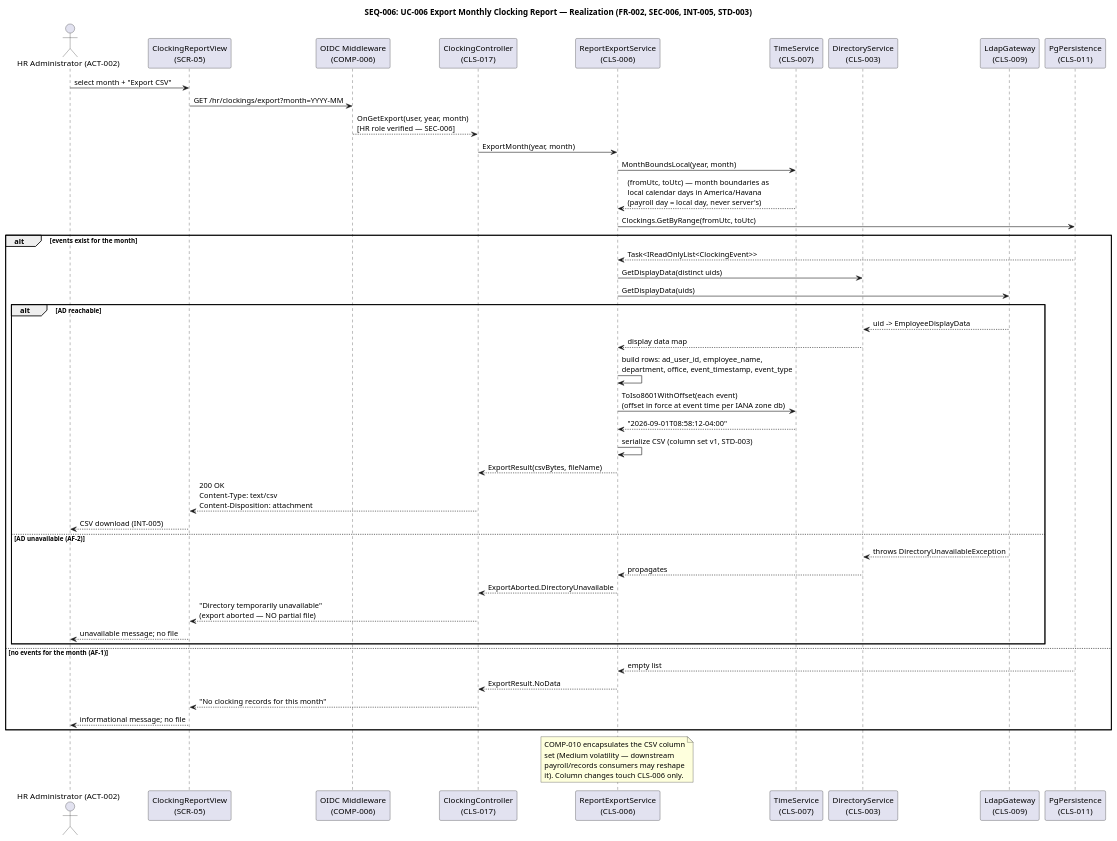
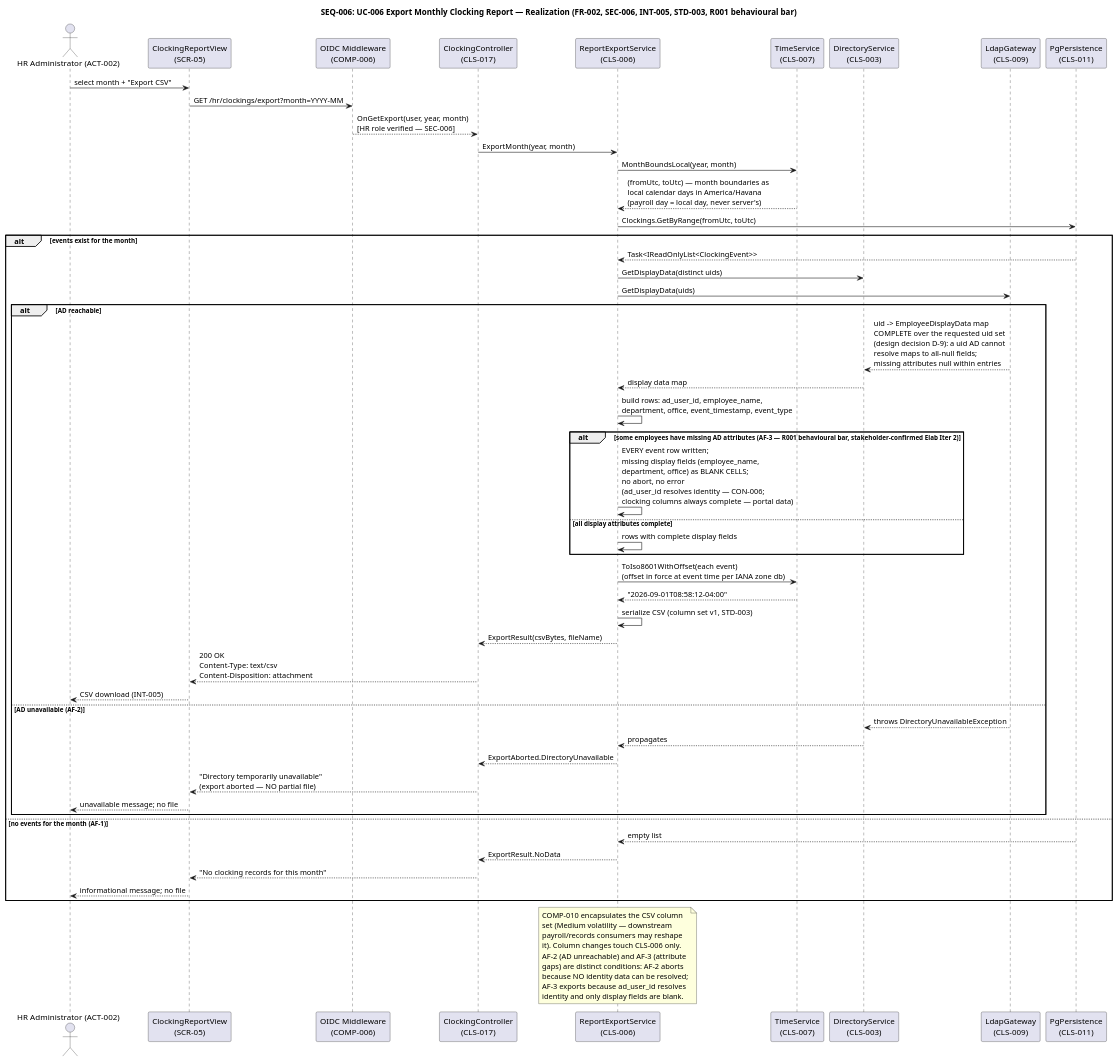
Before and after one commit to banense-test/employee-portal: the eighth of 24 diagrams in docs/artifacts/analysis---design/design-model.md, drawn with PlantUML. The commit also changed other lines of this file, not shown here.

First line of the commit message:
Designer [E2]: upsert Design Model

````diff
--- a/docs/artifacts/analysis---design/design-model.md
+++ b/docs/artifacts/analysis---design/design-model.md
@@ -588,56 +606,66 @@
 ```plantuml
 @startuml
-title SEQ-006: UC-006 Export Monthly Clocking Report — Realization (FR-002, SEC-006, INT-005, STD-003)
+title SEQ-006: UC-006 Export Monthly Clocking Report — Realization (FR-002, SEC-006, INT-005, STD-003, R001 behavioural bar)
 
 actor "HR Administrator (ACT-002)" as HR
 participant "ClockingReportView\n(SCR-05)" as VIEW
 participant "OIDC Middleware\n(COMP-006)" as MW
 participant "ClockingController\n(CLS-017)" as CTL
 participant "ReportExportService\n(CLS-006)" as EXP
 participant "TimeService\n(CLS-007)" as TIME
 participant "DirectoryService\n(CLS-003)" as DIR
 participant "LdapGateway\n(CLS-009)" as LDAP
 participant "PgPersistence\n(CLS-011)" as PG
 
 HR -> VIEW : select month + "Export CSV"
 VIEW -> MW : GET /hr/clockings/export?month=YYYY-MM
 MW --> CTL : OnGetExport(user, year, month)\n[HR role verified — SEC-006]
 CTL -> EXP : ExportMonth(year, month)
 EXP -> TIME : MonthBoundsLocal(year, month)
 TIME --> EXP : (fromUtc, toUtc) — month boundaries as\nlocal calendar days in America/Havana\n(payroll day = local day, never server's)
 EXP -> PG : Clockings.GetByRange(fromUtc, toUtc)
 alt events exist for the month
   PG --> EXP : Task<IReadOnlyList<ClockingEvent>>
   EXP -> DIR : GetDisplayData(distinct uids)
   EXP -> LDAP : GetDisplayData(uids)
   alt AD reachable
-    LDAP --> DIR : uid -> EmployeeDisplayData
+    LDAP --> DIR : uid -> EmployeeDisplayData map\nCOMPLETE over the requested uid set\n(design decision D-9): a uid AD cannot\nresolve maps to all-null fields;\nmissing attributes null within entries
     DIR --> EXP : display data map
     EXP -> EXP : build rows: ad_user_id, employee_name,\ndepartment, office, event_timestamp, event_type
+    alt some employees have missing AD attributes (AF-3 — R001 behavioural bar, stakeholder-confirmed Elab Iter 2)
+      EXP -> EXP : EVERY event row written;\nmissing display fields (employee_name,\ndepartment, office) as BLANK CELLS;\nno abort, no error\n(ad_user_id resolves identity — CON-006;\nclocking columns always complete — portal data)
+    else all display attributes complete
+      EXP -> EXP : rows with complete display fields
+    end
     EXP -> TIME : ToIso8601WithOffset(each event)\n(offset in force at event time per IANA zone db)
     TIME --> EXP : "2026-09-01T08:58:12-04:00"
     EXP -> EXP : serialize CSV (column set v1, STD-003)
     EXP --> CTL : ExportResult(csvBytes, fileName)
     CTL --> VIEW : 200 OK\nContent-Type: text/csv\nContent-Disposition: attachment
     VIEW --> HR : CSV download (INT-005)
   else AD unavailable (AF-2)
     LDAP --> DIR : throws DirectoryUnavailableException
     DIR --> EXP : propagates
     EXP --> CTL : ExportAborted.DirectoryUnavailable
     CTL --> VIEW : "Directory temporarily unavailable"\n(export aborted — NO partial file)
     VIEW --> HR : unavailable message; no file
   end
 else no events for the month (AF-1)
   PG --> EXP : empty list
   EXP --> CTL : ExportResult.NoData
   CTL --> VIEW : "No clocking records for this month"
   VIEW --> HR : informational message; no file
 end
 note over EXP
   COMP-010 encapsulates the CSV column
   set (Medium volatility — downstream
   payroll/records consumers may reshape
   it). Column changes touch CLS-006 only.
+  AF-2 (AD unreachable) and AF-3 (attribute
+  gaps) are distinct conditions: AF-2 aborts
+  because NO identity data can be resolved;
+  AF-3 exports because ad_user_id resolves
+  identity and only display fields are blank.
 end note
 @enduml
 ```
````
